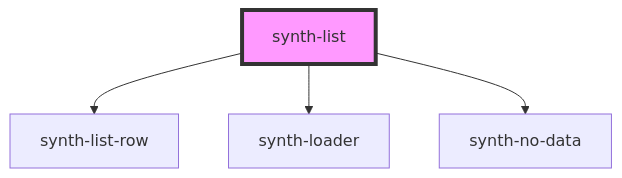
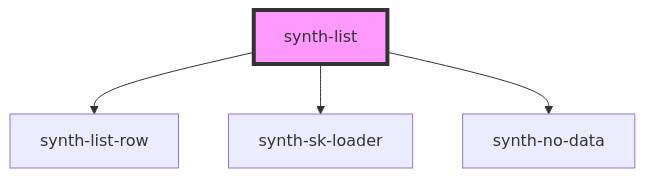
The diagram in packages/synth-components/src/components/list/readme.md (adrianiy/synth-ui), drawn with Mermaid before and after one commit. The commit also changed other lines of this file and 16 other files, not shown here.

````diff
--- a/packages/synth-components/src/components/list/readme.md
+++ b/packages/synth-components/src/components/list/readme.md
@@ -32,7 +33,7 @@
 ```mermaid
 graph TD;
   synth-list --> synth-list-row
-  synth-list --> synth-loader
+  synth-list --> synth-sk-loader
   synth-list --> synth-no-data
   style synth-list fill:#f9f,stroke:#333,stroke-width:4px
 ```
````
